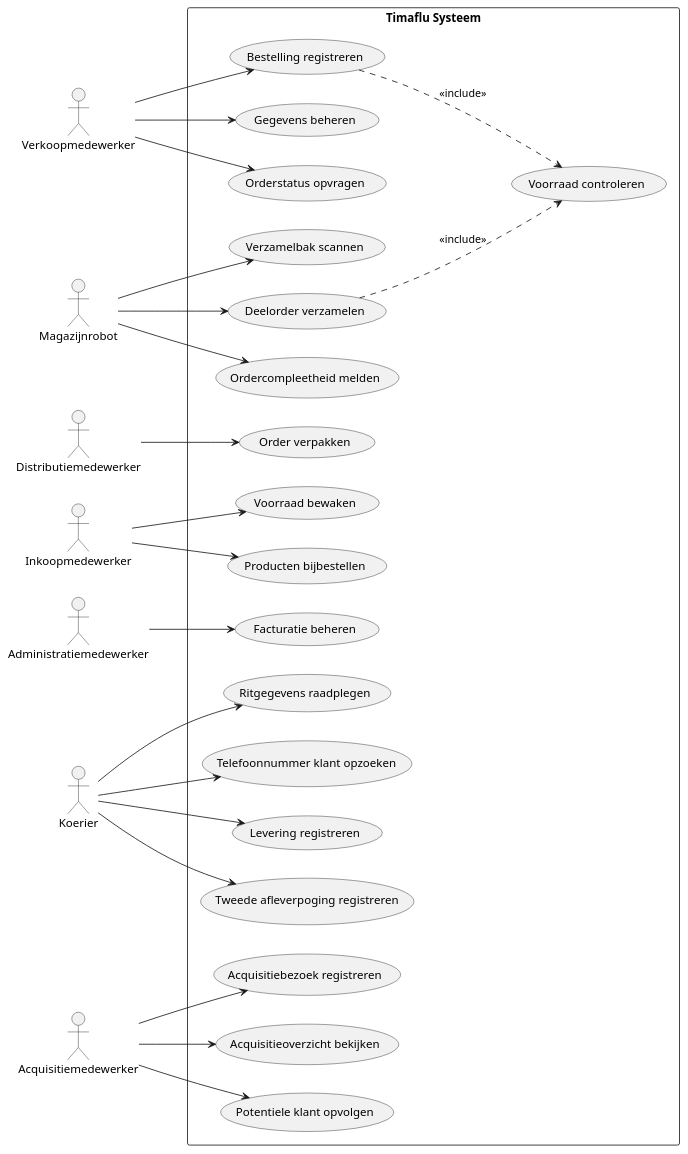
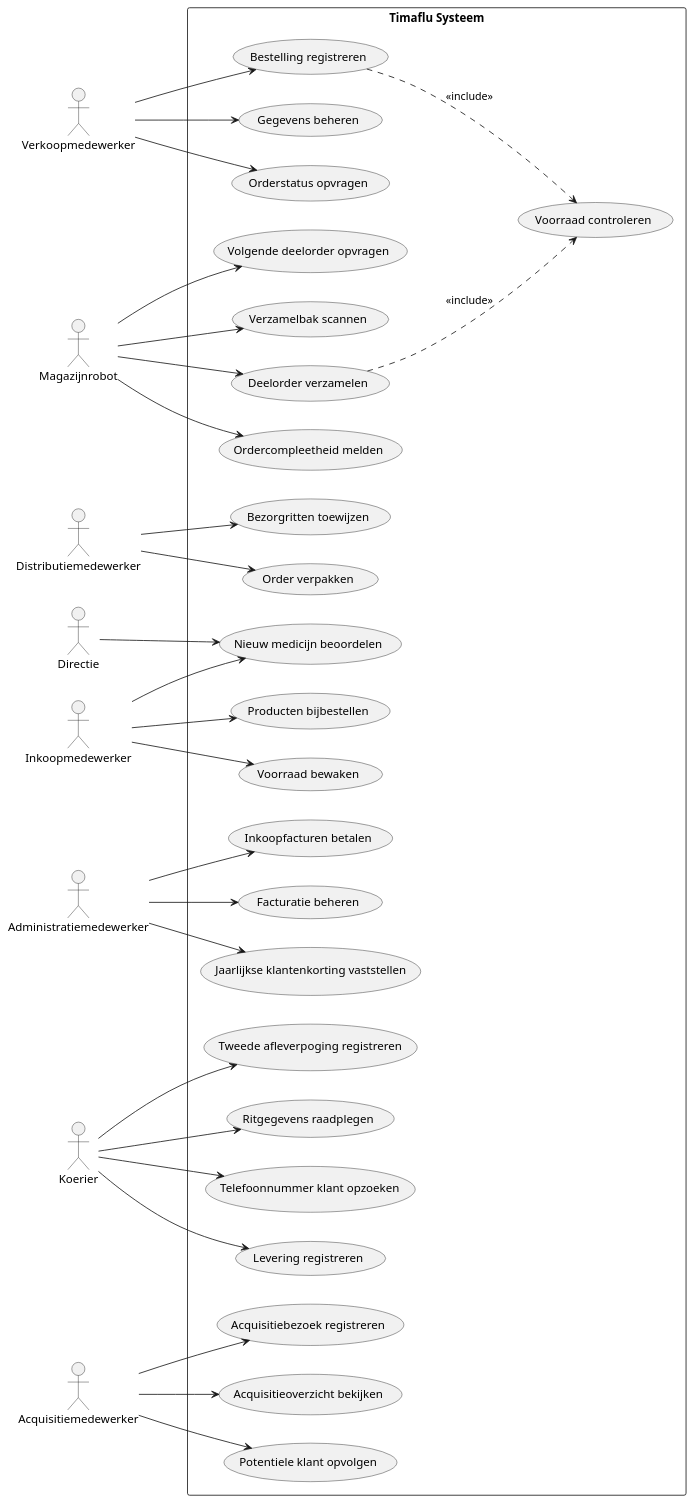
One commit to ViktorQorri/Project-Timaflu changed the diagram in Documentation/Architecture/uml/src/use_cases/informatiesysteem.puml. Above: the diagram before and after it, drawn with PlantUML. The commit also changed 13 other files, not shown here.

```diff
--- a/Documentation/Architecture/uml/src/use_cases/informatiesysteem.puml
+++ b/Documentation/Architecture/uml/src/use_cases/informatiesysteem.puml
@@ -1,43 +1,50 @@
 @startuml
 left to right direction
 skinparam packageStyle rectangle
 
 actor "Verkoopmedewerker" as Sales
 actor "Magazijnrobot" as Robot
 actor "Distributiemedewerker" as Distro
 actor "Inkoopmedewerker" as Purchaser
 actor "Administratiemedewerker" as Admin
 actor "Koerier" as Courier
 actor "Acquisitiemedewerker" as Acquisition
+actor "Directie" as Management
 
 rectangle "Timaflu Systeem" {
     
     Sales --> (Bestelling registreren)
     Sales --> (Gegevens beheren)
     Sales --> (Orderstatus opvragen)
     
     (Bestelling registreren) ..> (Voorraad controleren) : <<include>>
     
     Robot --> (Verzamelbak scannen)
     Robot --> (Deelorder verzamelen)
     Robot --> (Ordercompleetheid melden)
+    Robot --> (Volgende deelorder opvragen)
     
     (Deelorder verzamelen) ..> (Voorraad controleren) : <<include>>
     
     Distro --> (Order verpakken)
+    Distro --> (Bezorgritten toewijzen)
     
     Purchaser --> (Voorraad bewaken)
     Purchaser --> (Producten bijbestellen)
+    Purchaser --> (Nieuw medicijn beoordelen)
+    Management --> (Nieuw medicijn beoordelen)
     
     Admin --> (Facturatie beheren)
+    Admin --> (Inkoopfacturen betalen)
+    Admin --> (Jaarlijkse klantenkorting vaststellen)
     
     Courier --> (Ritgegevens raadplegen)
     Courier --> (Telefoonnummer klant opzoeken)
     Courier --> (Levering registreren)
     Courier --> (Tweede afleverpoging registreren)
 
     Acquisition --> (Acquisitiebezoek registreren)
     Acquisition --> (Acquisitieoverzicht bekijken)
     Acquisition --> (Potentiele klant opvolgen)
 }
 @enduml
```
